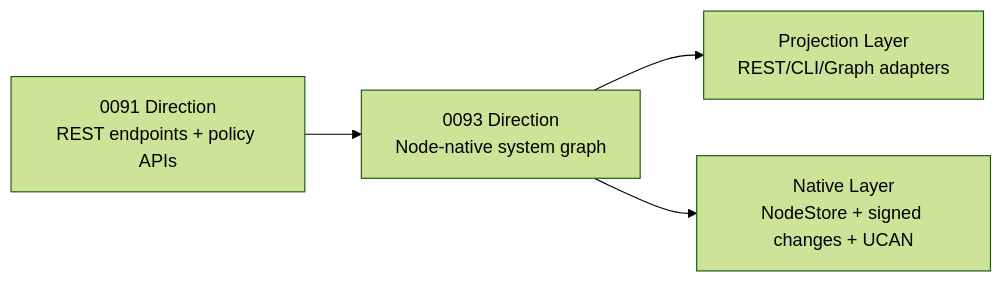
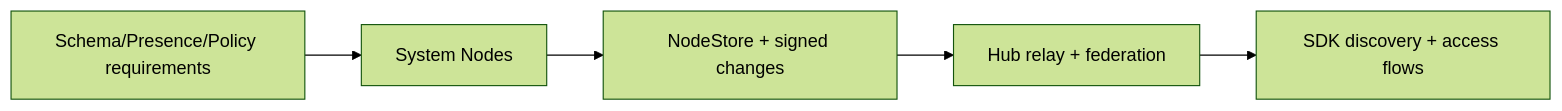
Before and after one commit to crs48/xNet: the first of 9 diagrams in docs/explorations/0093_[_]_NODE_NATIVE_GLOBAL_SCHEMA_FEDERATION_MODEL.md, drawn with Mermaid (forest theme). The commit also changed other lines of this file, not shown here.

Commit message:
docs(exploration): make 0093 greenfield and node-auth first

````diff
--- a/docs/explorations/0093_[_]_NODE_NATIVE_GLOBAL_SCHEMA_FEDERATION_MODEL.md
+++ b/docs/explorations/0093_[_]_NODE_NATIVE_GLOBAL_SCHEMA_FEDERATION_MODEL.md
@@ -29,6 +30,7 @@
 ```mermaid
 flowchart LR
-    A[0091 Direction\nREST endpoints + policy APIs] --> B[0093 Direction\nNode-native system graph]
-    B --> C[Projection Layer\nREST/CLI/Graph adapters]
-    B --> D[Native Layer\nNodeStore + signed changes + UCAN]
+    A[Schema/Presence/Policy requirements] --> B[System Nodes]
+    B --> C[NodeStore + signed changes]
+    C --> D[Hub relay + federation]
+    D --> E[SDK discovery + access flows]
 ```
````
